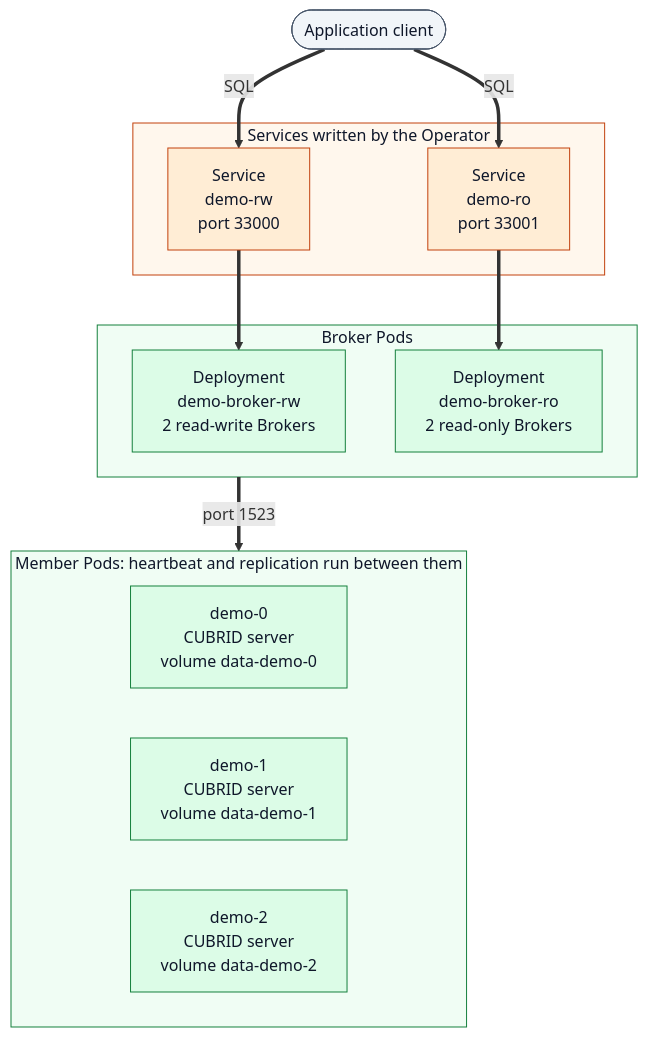
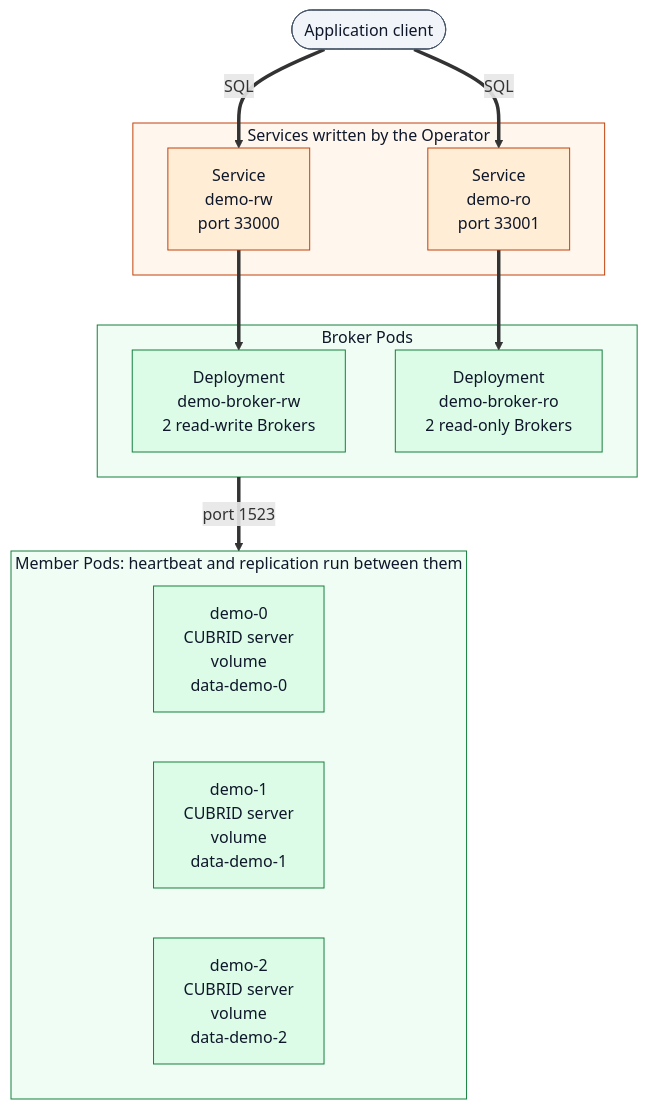
One commit to cubrid-lab/cubrid-kubernetes-operator changed the second of 2 diagrams in docs/architecture/topology.md. Above: the diagram before and after it, drawn with Mermaid.

Commit message:
docs(architecture): lay the member Pods out in one row

````diff
--- a/docs/architecture/topology.md
+++ b/docs/architecture/topology.md
@@ -71,36 +71,35 @@
 ```mermaid
 flowchart TB
     client(["Application client"]):::ext
 
     subgraph svcs["Services written by the Operator"]
         rw["Service<br/>demo-rw<br/>port 33000"]:::op
         ro["Service<br/>demo-ro<br/>port 33001"]:::op
     end
 
     subgraph brokers["Broker Pods"]
         brw["Deployment<br/>demo-broker-rw<br/>2 read-write Brokers"]:::cubrid
         bro["Deployment<br/>demo-broker-ro<br/>2 read-only Brokers"]:::cubrid
     end
 
     subgraph members["Member Pods: heartbeat and replication run between them"]
-        direction LR
-        m0["demo-0<br/>CUBRID server<br/>volume data-demo-0"]:::cubrid
-        m1["demo-1<br/>CUBRID server<br/>volume data-demo-1"]:::cubrid
-        m2["demo-2<br/>CUBRID server<br/>volume data-demo-2"]:::cubrid
+        m0["demo-0<br/>CUBRID server<br/>volume<br/>data-demo-0"]:::cubrid
+        m1["demo-1<br/>CUBRID server<br/>volume<br/>data-demo-1"]:::cubrid
+        m2["demo-2<br/>CUBRID server<br/>volume<br/>data-demo-2"]:::cubrid
     end
 
     client == "SQL" ==> rw
     client == "SQL" ==> ro
     rw ==> brw
     ro ==> bro
     brokers == "port 1523" ==> members
 
     classDef k8s fill:#dbeafe,stroke:#1d4ed8,color:#0f172a
     classDef op fill:#ffedd5,stroke:#c2410c,color:#0f172a
     classDef cubrid fill:#dcfce7,stroke:#15803d,color:#0f172a
     classDef ext fill:#f1f5f9,stroke:#475569,color:#0f172a
 
     style svcs fill:#fff7ed,stroke:#c2410c,color:#0f172a
     style brokers fill:#f0fdf4,stroke:#15803d,color:#0f172a
     style members fill:#f0fdf4,stroke:#15803d,color:#0f172a
 ```
````
